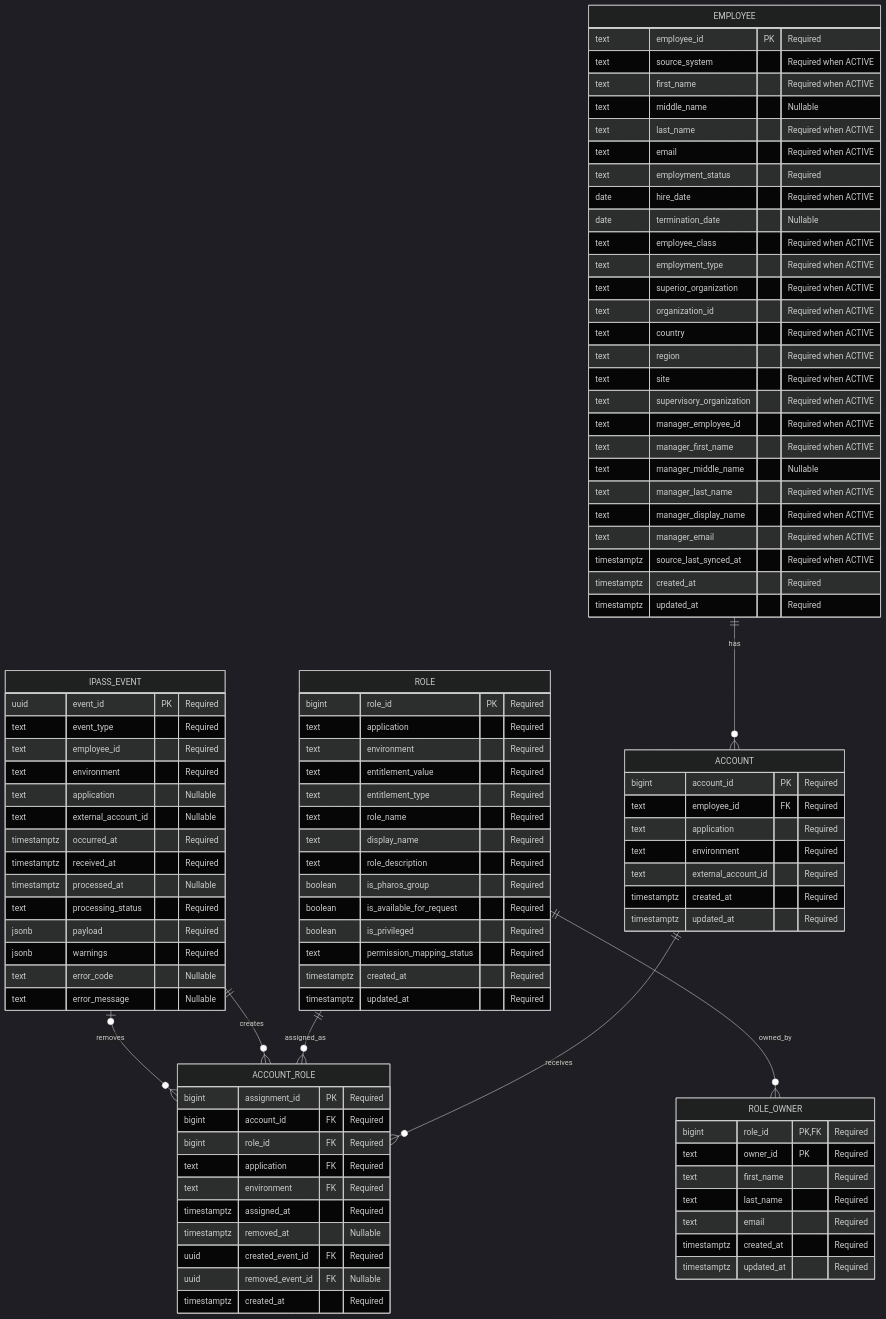
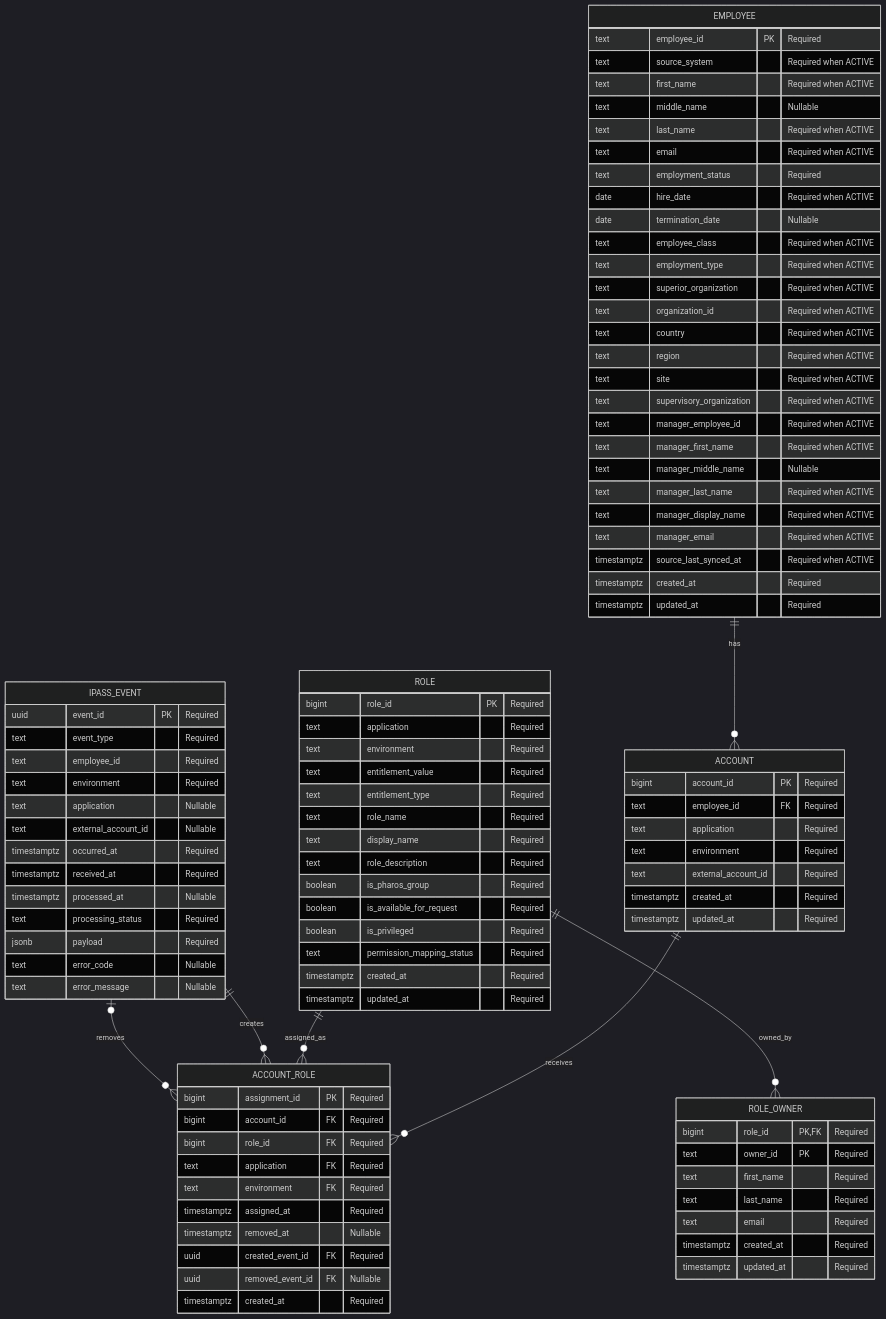
One commit to bvm-arjun108/user-access-management changed the diagram in docs/pharos-ingestion-full-erd.mmd. Above: the diagram before and after it, drawn with Mermaid (dark theme). The commit also changed 21 other files, not shown here.

```diff
--- a/docs/pharos-ingestion-full-erd.mmd
+++ b/docs/pharos-ingestion-full-erd.mmd
@@ -1,103 +1,102 @@
 erDiagram
     EMPLOYEE ||--o{ ACCOUNT : has
     ACCOUNT ||--o{ ACCOUNT_ROLE : receives
     ROLE ||--o{ ACCOUNT_ROLE : assigned_as
     ROLE ||--o{ ROLE_OWNER : owned_by
     IPASS_EVENT ||--o{ ACCOUNT_ROLE : creates
     IPASS_EVENT o|--o{ ACCOUNT_ROLE : removes
 
     EMPLOYEE {
         text employee_id PK "Required"
         text source_system "Required when ACTIVE"
         text first_name "Required when ACTIVE"
         text middle_name "Nullable"
         text last_name "Required when ACTIVE"
         text email "Required when ACTIVE"
         text employment_status "Required"
         date hire_date "Required when ACTIVE"
         date termination_date "Nullable"
         text employee_class "Required when ACTIVE"
         text employment_type "Required when ACTIVE"
         text superior_organization "Required when ACTIVE"
         text organization_id "Required when ACTIVE"
         text country "Required when ACTIVE"
         text region "Required when ACTIVE"
         text site "Required when ACTIVE"
         text supervisory_organization "Required when ACTIVE"
         text manager_employee_id "Required when ACTIVE"
         text manager_first_name "Required when ACTIVE"
         text manager_middle_name "Nullable"
         text manager_last_name "Required when ACTIVE"
         text manager_display_name "Required when ACTIVE"
         text manager_email "Required when ACTIVE"
         timestamptz source_last_synced_at "Required when ACTIVE"
         timestamptz created_at "Required"
         timestamptz updated_at "Required"
     }
 
     ACCOUNT {
         bigint account_id PK "Required"
         text employee_id FK "Required"
         text application "Required"
         text environment "Required"
         text external_account_id "Required"
         timestamptz created_at "Required"
         timestamptz updated_at "Required"
     }
 
     ROLE {
         bigint role_id PK "Required"
         text application "Required"
         text environment "Required"
         text entitlement_value "Required"
         text entitlement_type "Required"
         text role_name "Required"
         text display_name "Required"
         text role_description "Required"
         boolean is_pharos_group "Required"
         boolean is_available_for_request "Required"
         boolean is_privileged "Required"
         text permission_mapping_status "Required"
         timestamptz created_at "Required"
         timestamptz updated_at "Required"
     }
 
     ROLE_OWNER {
         bigint role_id PK,FK "Required"
         text owner_id PK "Required"
         text first_name "Required"
         text last_name "Required"
         text email "Required"
         timestamptz created_at "Required"
         timestamptz updated_at "Required"
     }
 
     IPASS_EVENT {
         uuid event_id PK "Required"
         text event_type "Required"
         text employee_id "Required"
         text environment "Required"
         text application "Nullable"
         text external_account_id "Nullable"
         timestamptz occurred_at "Required"
         timestamptz received_at "Required"
         timestamptz processed_at "Nullable"
         text processing_status "Required"
         jsonb payload "Required"
-        jsonb warnings "Required"
         text error_code "Nullable"
         text error_message "Nullable"
     }
 
     ACCOUNT_ROLE {
         bigint assignment_id PK "Required"
         bigint account_id FK "Required"
         bigint role_id FK "Required"
         text application FK "Required"
         text environment FK "Required"
         timestamptz assigned_at "Required"
         timestamptz removed_at "Nullable"
         uuid created_event_id FK "Required"
         uuid removed_event_id FK "Nullable"
         timestamptz created_at "Required"
     }
```
